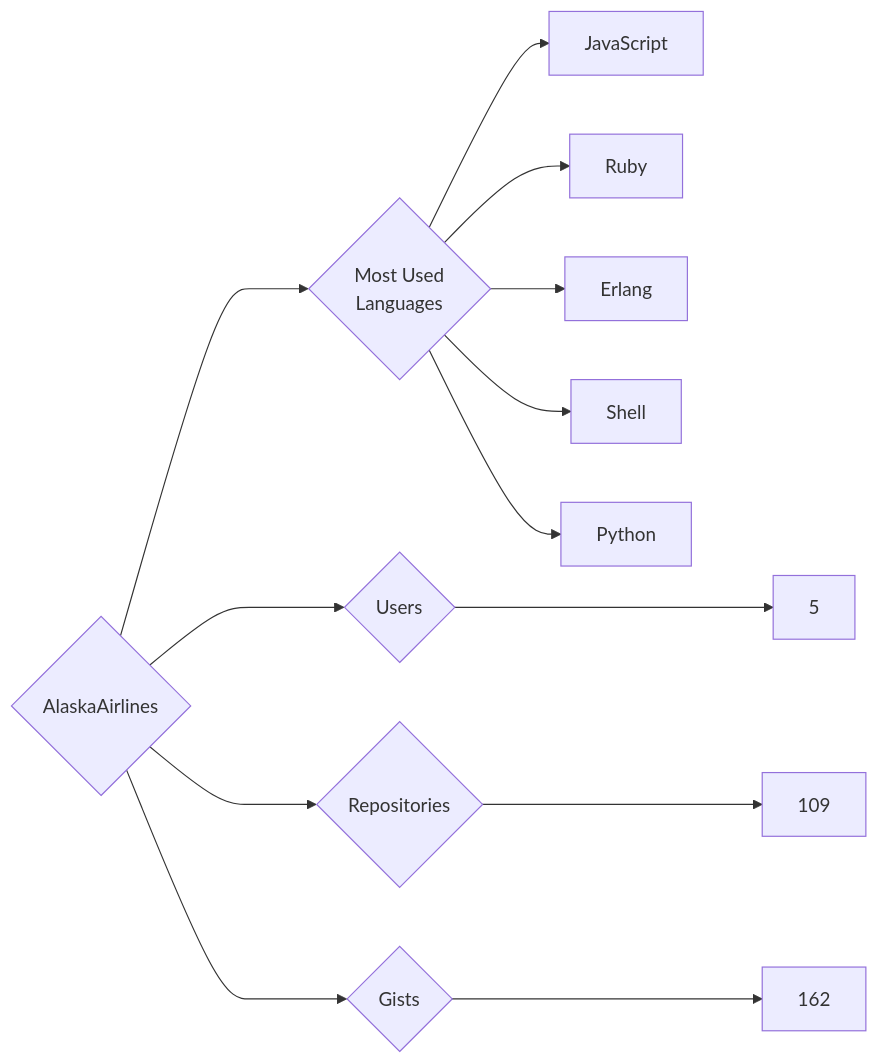
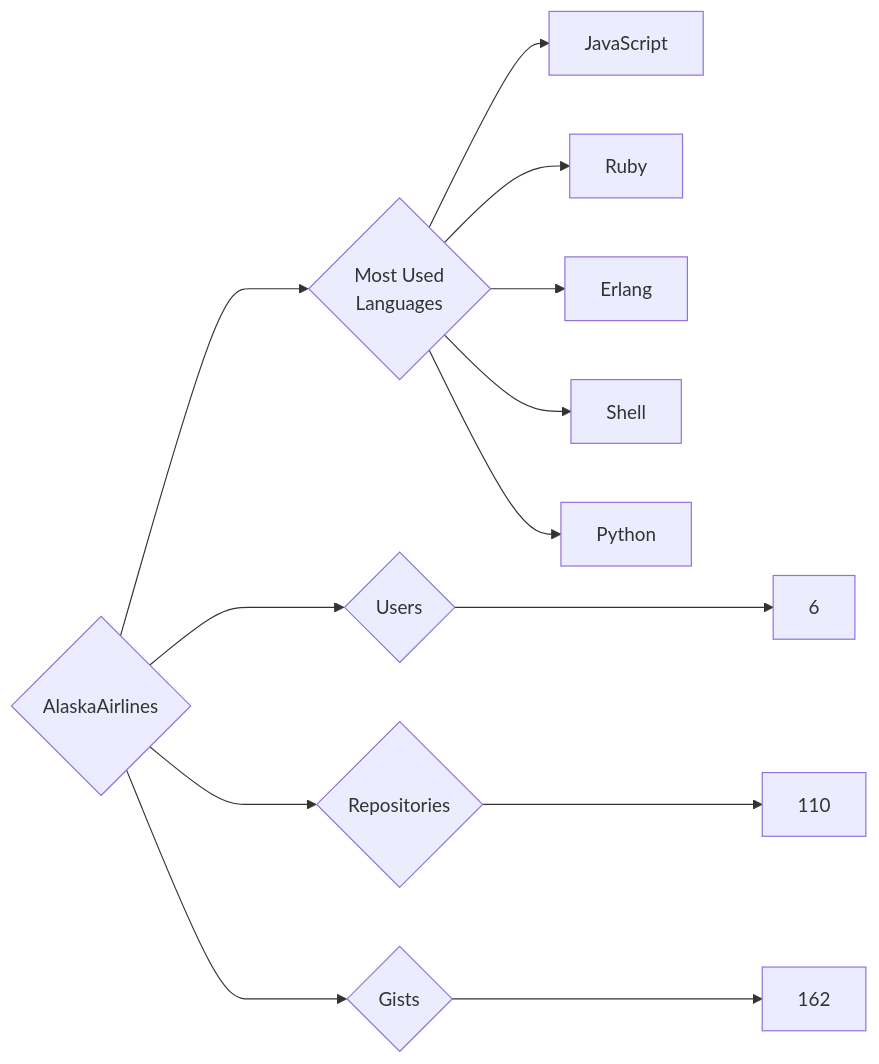
The diagram in targets/AlaskaAirlines/README.md (trickest/insiders), drawn with Mermaid before and after one commit. The commit also changed 942 other files, not shown here.

````diff
--- a/targets/AlaskaAirlines/README.md
+++ b/targets/AlaskaAirlines/README.md
@@ -3,13 +3,13 @@
 ```mermaid
 graph LR
 COMPANY_NAME{AlaskaAirlines}
-COMPANY_NAME ---> U{Users} ---> UN[5]
-COMPANY_NAME ---> R{Repositories} ---> RN[109]
+COMPANY_NAME ---> U{Users} ---> UN[6]
+COMPANY_NAME ---> R{Repositories} ---> RN[110]
 COMPANY_NAME ---> G{Gists} ---> GN[162]
 COMPANY_NAME ---> ML{Most Used<br>Languages}
 ML --> JavaScript[JavaScript]
 ML --> Ruby[Ruby]
 ML --> Erlang[Erlang]
 ML --> Shell[Shell]
 ML --> Python[Python]
 ```
````
